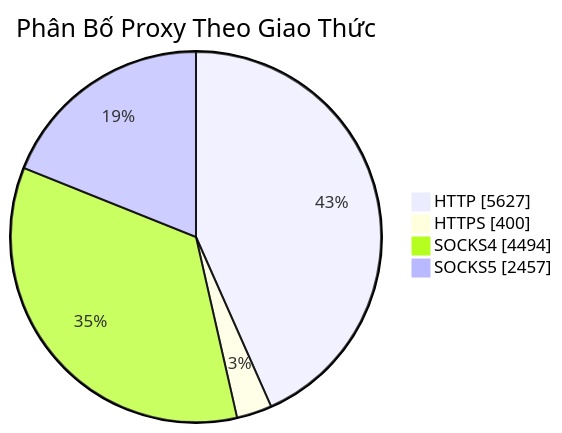
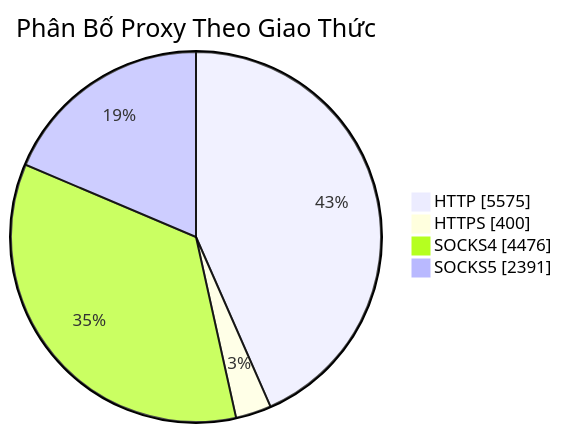
The diagram in README.md (Ciara-Aa/PROXY-free), drawn with Mermaid before and after one commit. The commit also changed other lines of this file and 4 other files, not shown here.

````diff
--- a/README.md
+++ b/README.md
@@ -26,7 +26,7 @@
 ```mermaid
 pie showData title Phân Bố Proxy Theo Giao Thức
-    "HTTP" : 5627
+    "HTTP" : 5575
     "HTTPS" : 400
-    "SOCKS4" : 4494
-    "SOCKS5" : 2457
+    "SOCKS4" : 4476
+    "SOCKS5" : 2391
 ```
````
